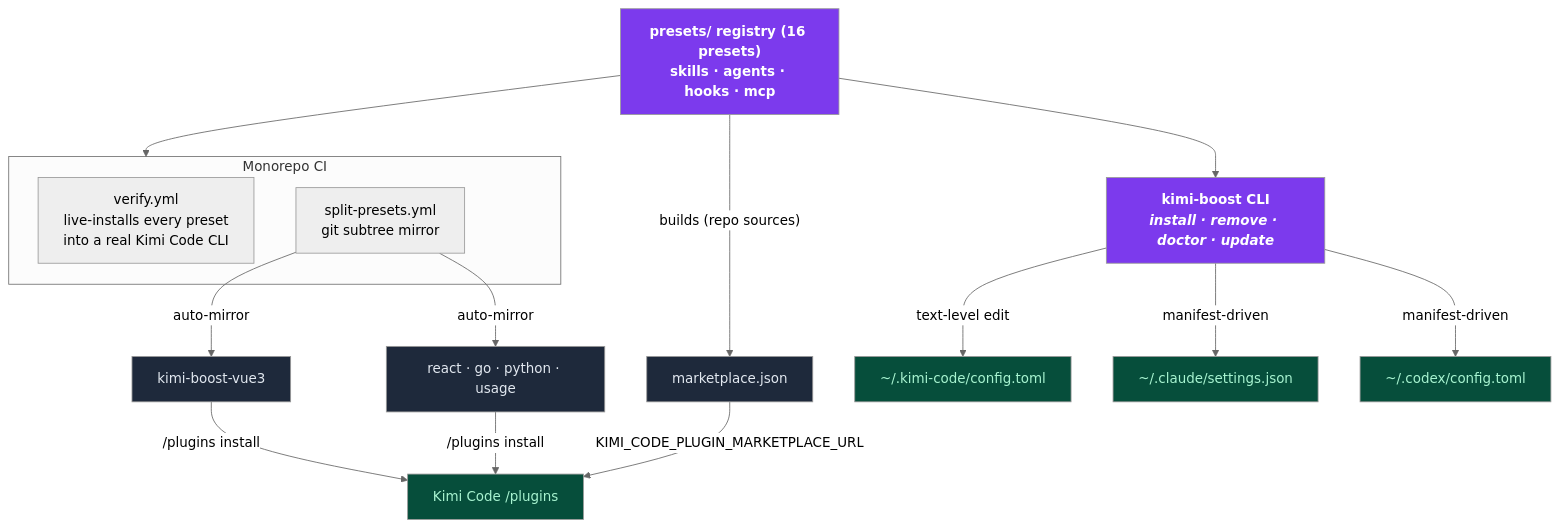
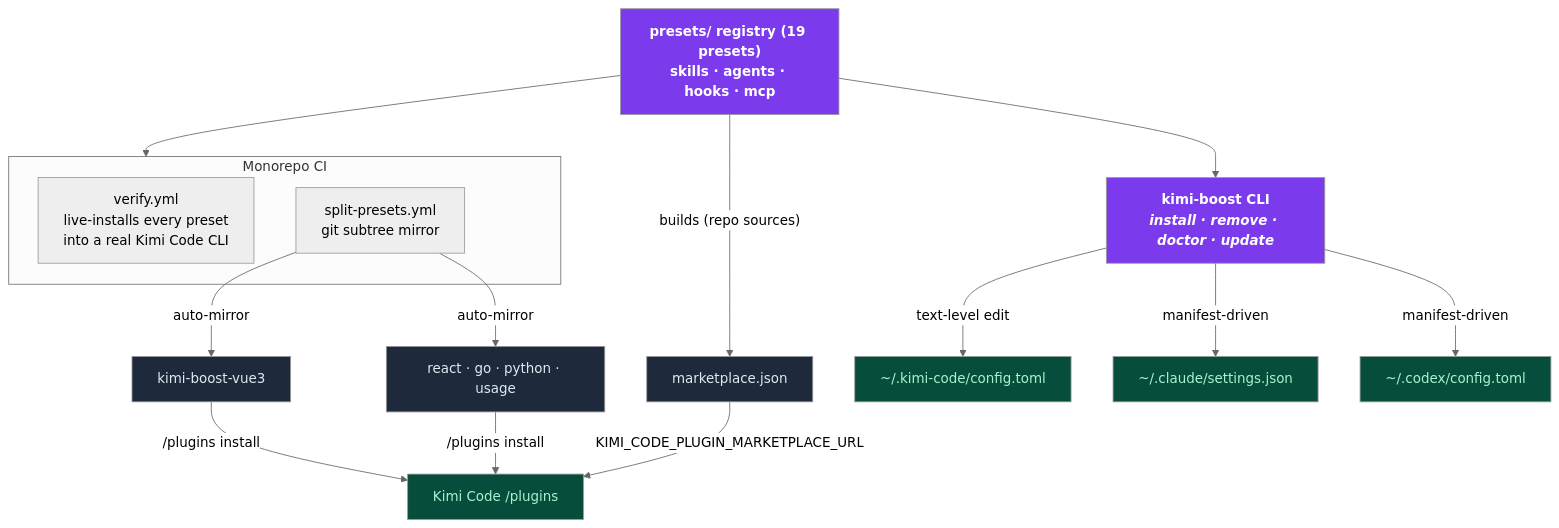
Before and after one commit to shidesheng0218/kimi-boost: the diagram in README.md, drawn with Mermaid (neutral theme). The commit also changed other lines of this file and 1 other file, not shown here.

````diff
--- a/README.md
+++ b/README.md
@@ -246,29 +246,29 @@
 ```mermaid
 flowchart TD
-    REG["<b>presets/ registry</b> (16 presets)<br/>skills · agents · hooks · mcp"]
+    REG["<b>presets/ registry</b> (19 presets)<br/>skills · agents · hooks · mcp"]
 
     subgraph CI["Monorepo CI"]
       VERIFY["verify.yml<br/>live-installs every preset<br/>into a real Kimi Code CLI"]
       SPLIT["split-presets.yml<br/>git subtree mirror"]
     end
 
     REG --> CI
     SPLIT -->|"auto-mirror"| M1["kimi-boost-vue3"]
     SPLIT -->|"auto-mirror"| M2["react · go · python · usage"]
     M1 & M2 -->|"/plugins install"| KP["Kimi Code /plugins"]
     REG -->|"builds (repo sources)"| MKT["marketplace.json"]
     MKT -->|"KIMI_CODE_PLUGIN_MARKETPLACE_URL"| KP
 
     KB["<b>kimi-boost CLI</b><br/><i>install · remove · doctor · update</i>"]
     REG --> KB
     KB -->|"text-level edit"| KCF["~/.kimi-code/config.toml"]
     KB -->|"manifest-driven"| CCS["~/.claude/settings.json"]
     KB -->|"manifest-driven"| CXC["~/.codex/config.toml"]
 
     classDef cli fill:#7c3aed,color:#fff,font-weight:bold;
     classDef tool fill:#1e293b,color:#e2e8f0;
     classDef out fill:#064e3b,color:#a7f3d0;
     class KB,REG cli;
     class M1,M2,MKT tool;
     class KCF,CCS,CXC,KP out;
 ```
````
